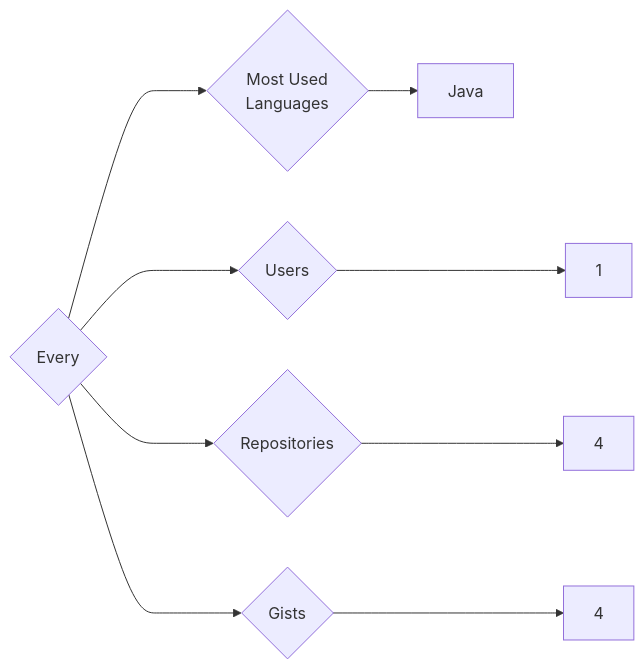
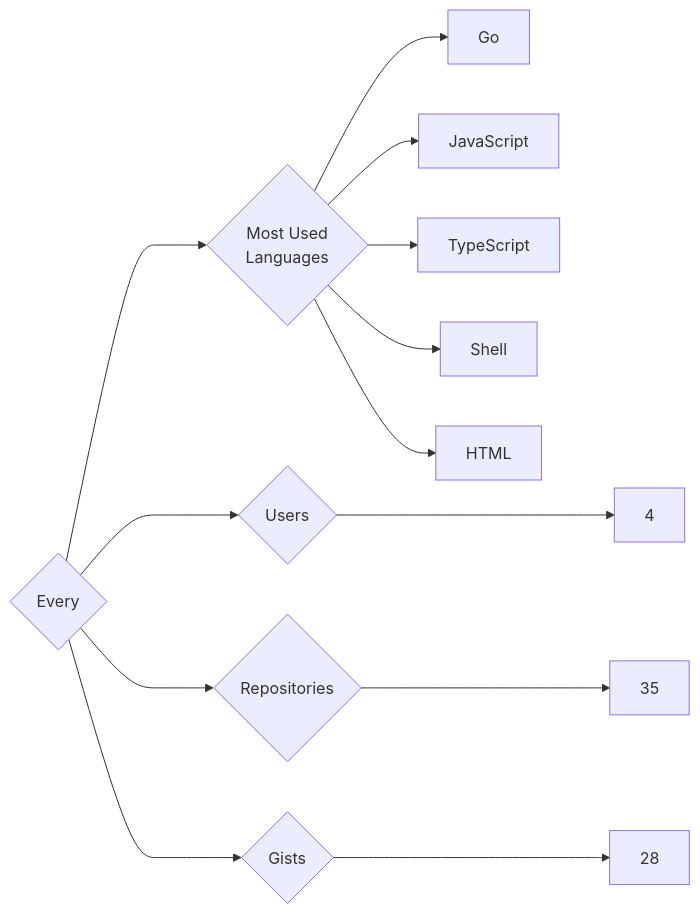
Before and after one commit to trickest/insiders: the diagram in targets/Every/README.md, drawn with Mermaid. The commit also changed 720 other files, not shown here.

````diff
--- a/targets/Every/README.md
+++ b/targets/Every/README.md
@@ -3,9 +3,13 @@
 ```mermaid
 graph LR
 COMPANY_NAME{Every}
-COMPANY_NAME ---> U{Users} ---> UN[1]
-COMPANY_NAME ---> R{Repositories} ---> RN[4]
-COMPANY_NAME ---> G{Gists} ---> GN[4]
+COMPANY_NAME ---> U{Users} ---> UN[4]
+COMPANY_NAME ---> R{Repositories} ---> RN[35]
+COMPANY_NAME ---> G{Gists} ---> GN[28]
 COMPANY_NAME ---> ML{Most Used<br>Languages}
-ML --> Java[Java]
+ML --> Go[Go]
+ML --> JavaScript[JavaScript]
+ML --> TypeScript[TypeScript]
+ML --> Shell[Shell]
+ML --> HTML[HTML]
 ```
````
